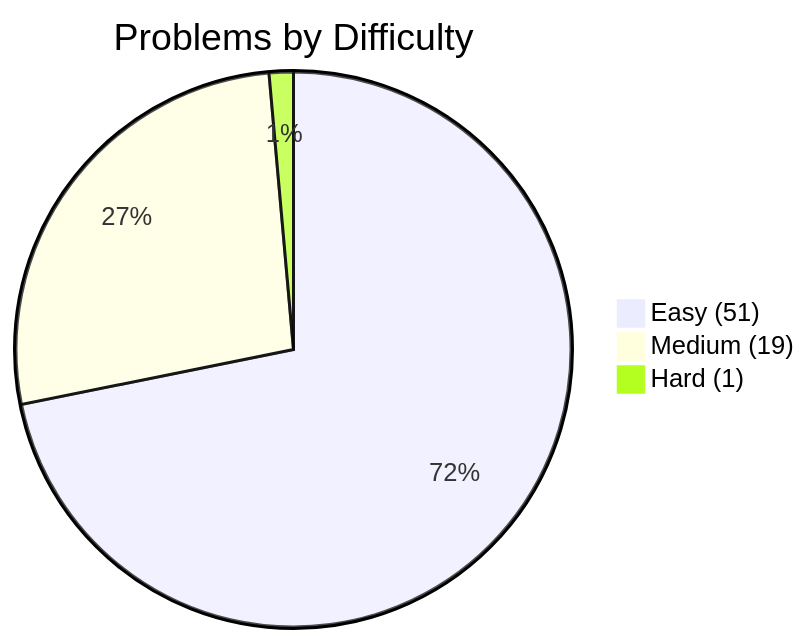
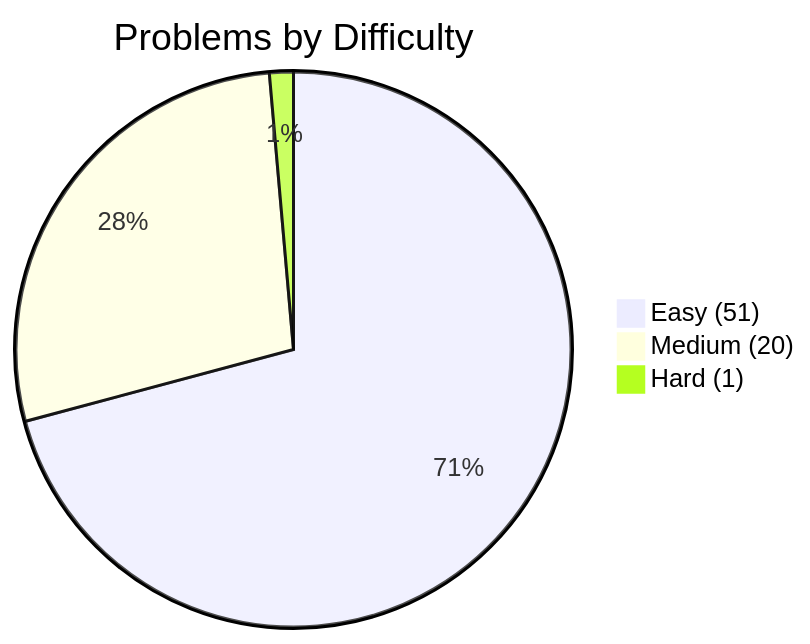
Before and after one commit to kanishk-procoder/leetcode-grind: the first of 2 diagrams in PROGRESS.md, drawn with Mermaid. The commit also changed other lines of this file and 4 other files, not shown here.

````diff
--- a/PROGRESS.md
+++ b/PROGRESS.md
@@ -5,6 +5,6 @@
 ```mermaid
 pie title Problems by Difficulty
     "Easy (51)" : 51
-    "Medium (19)" : 19
+    "Medium (20)" : 20
     "Hard (1)" : 1
 ```
````
